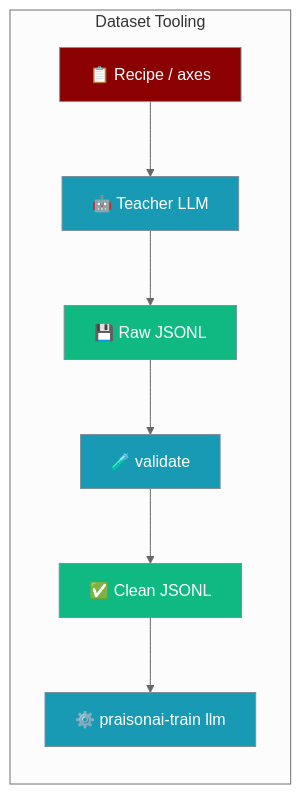
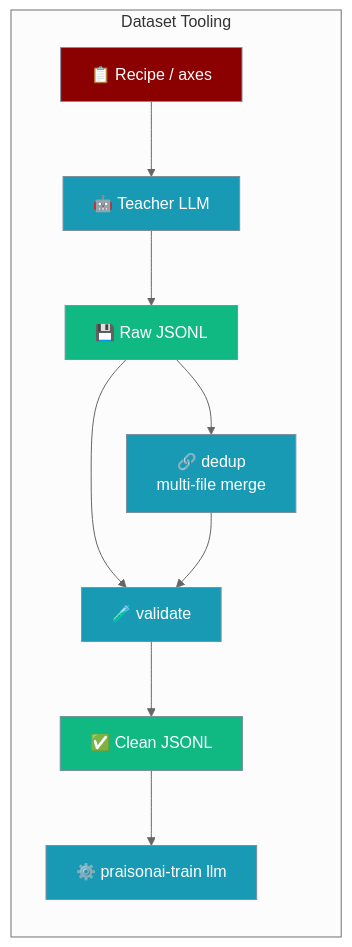
The first of 4 diagrams in docs/features/praisonai-train-dataset-tooling.mdx (MervinPraison/PraisonAIDocs), drawn with Mermaid (neutral theme) before and after one commit. The commit also changed other lines of this file and 1 other file, not shown here.

Commit message:
docs: document MinHash+LSH near-dedup + cross-file dedup CLI (fixes #2298)

````diff
--- a/docs/features/praisonai-train-dataset-tooling.mdx
+++ b/docs/features/praisonai-train-dataset-tooling.mdx
@@ -10,18 +10,20 @@
 ```mermaid
 graph LR
     subgraph "Dataset Tooling"
         Recipe[📋 Recipe / axes] --> Teacher[🤖 Teacher LLM]
         Teacher --> Raw[💾 Raw JSONL]
+        Raw --> Merge[🔗 dedup<br/>multi-file merge]
         Raw --> QC[🧪 validate]
+        Merge --> QC
         QC --> Clean[✅ Clean JSONL]
         Clean --> Train[⚙️ praisonai-train llm]
     end
 
     classDef input fill:#8B0000,stroke:#7C90A0,color:#fff
     classDef process fill:#189AB4,stroke:#7C90A0,color:#fff
     classDef result fill:#10B981,stroke:#7C90A0,color:#fff
 
     class Recipe input
-    class Teacher,QC,Train process
+    class Teacher,Merge,QC,Train process
     class Raw,Clean result
 ```
````
